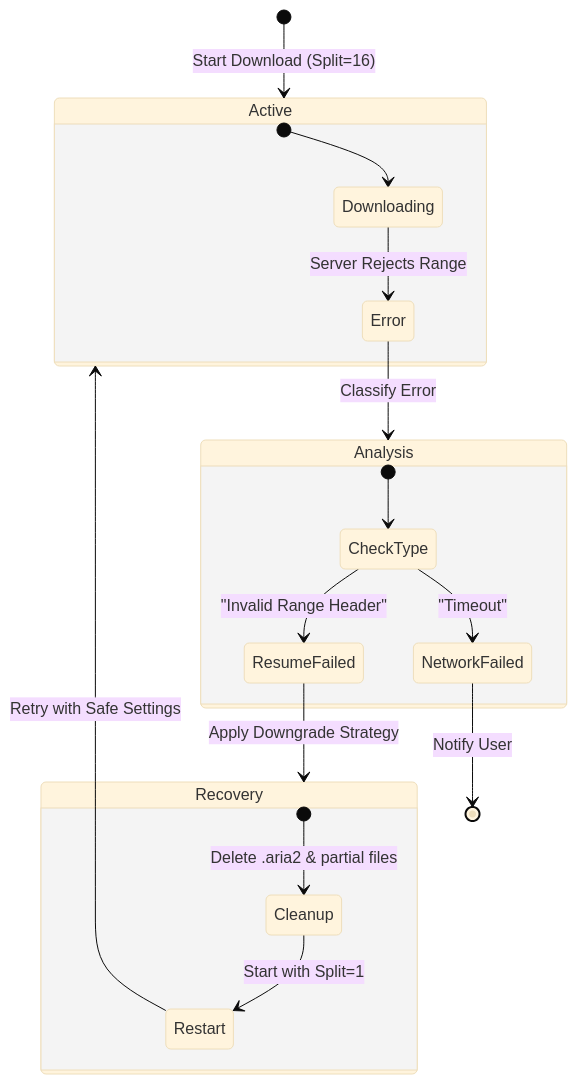
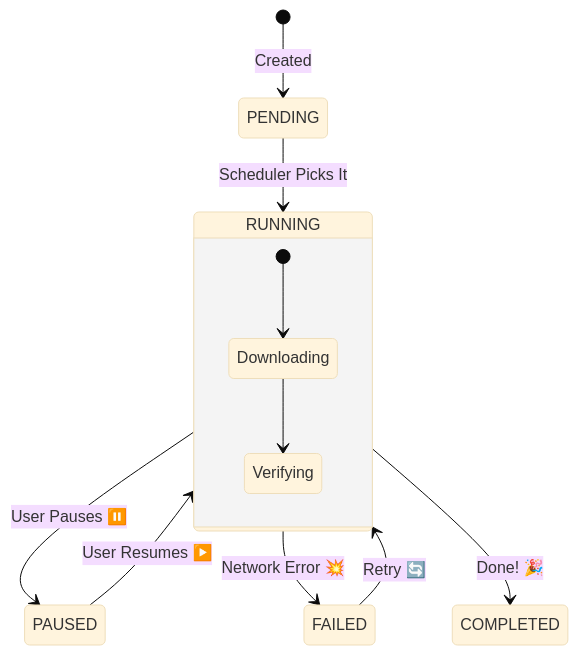
The second of 2 diagrams in README.md (PrithvirajSinghChauhan8444/HermesLink), drawn with Mermaid (base theme) before and after one commit. The commit also changed other lines of this file, not shown here.

````diff
--- a/README.md
+++ b/README.md
@@ -69,27 +47,15 @@
 ```mermaid
 stateDiagram-v2
-    [*] --> Active: Start Download (Split=16)
+    [*] --> PENDING: Created
+    PENDING --> RUNNING: Scheduler Picks It
+    RUNNING --> PAUSED: User Pauses ⏸️
+    PAUSED --> RUNNING: User Resumes ▶️
+    RUNNING --> FAILED: Network Error 💥
+    FAILED --> RUNNING: Retry 🔄
+    RUNNING --> COMPLETED: Done! 🎉
 
-    state Active {
+    state RUNNING {
         [*] --> Downloading
-        Downloading --> Error: Server Rejects Range
+        Downloading --> Verifying
     }
-
-    Error --> Analysis: Classify Error
-
-    state Analysis {
-        [*] --> CheckType
-        CheckType --> ResumeFailed: "Invalid Range Header"
-        CheckType --> NetworkFailed: "Timeout"
-    }
-
-    ResumeFailed --> Recovery: Apply Downgrade Strategy
-
-    state Recovery {
-        [*] --> Cleanup: Delete .aria2 & partial files
-        Cleanup --> Restart: Start with Split=1
-    }
-
-    Restart --> Active: Retry with Safe Settings
-    NetworkFailed --> [*]: Notify User
 ```
````
